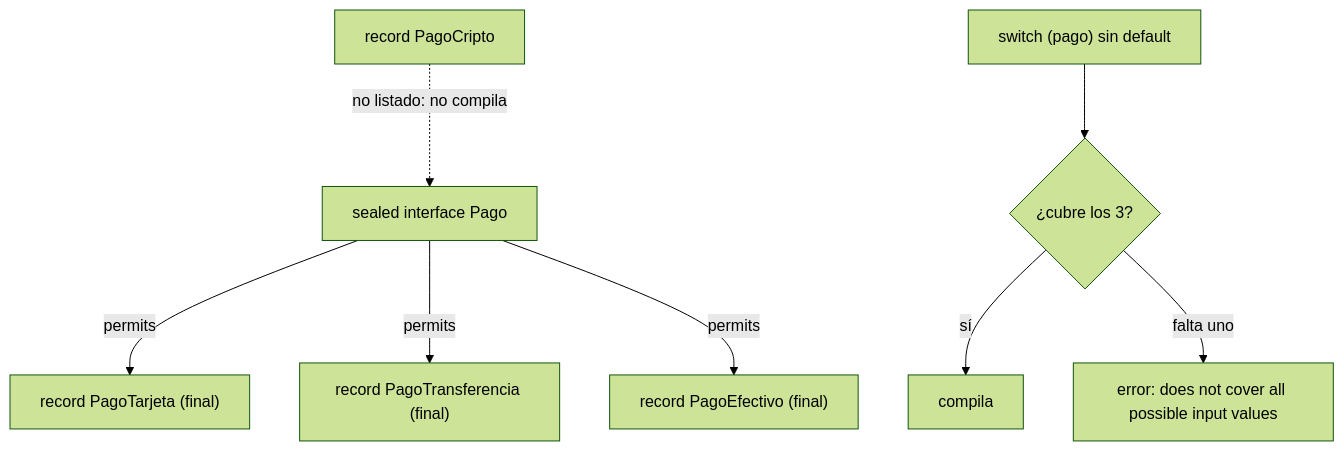
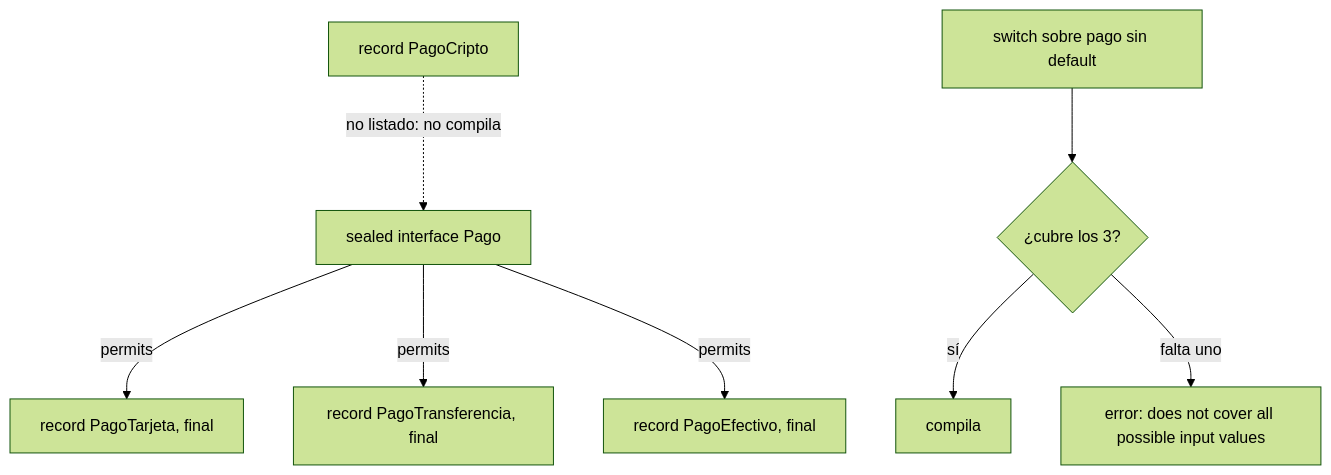
One commit to NICORUIZ93/The_Imperial_Book changed the first of 3 diagrams in web/public/content/java/modulo-7.md. Above: the diagram before and after it, drawn with Mermaid (forest theme). The commit also changed other lines of this file and 65 other files, not shown here.

````diff
--- a/web/public/content/java/modulo-7.md
+++ b/web/public/content/java/modulo-7.md
@@ -108,10 +155,10 @@
 ```mermaid
 flowchart TB
-  P["sealed interface Pago"] -->|permits| T["record PagoTarjeta (final)"]
-  P -->|permits| R["record PagoTransferencia (final)"]
-  P -->|permits| E["record PagoEfectivo (final)"]
-  X["record PagoCripto"] -. "no listado: no compila" .-> P
-  S["switch (pago) sin default"] --> C{"¿cubre los 3?"}
-  C -->|sí| OK["compila"]
+  P["sealed interface Pago"] -->|"permits"| T["record PagoTarjeta, final"]
+  P -->|"permits"| R["record PagoTransferencia, final"]
+  P -->|"permits"| E["record PagoEfectivo, final"]
+  X["record PagoCripto"] -.->|"no listado: no compila"| P
+  S["switch sobre pago sin default"] --> C{"¿cubre los 3?"}
+  C -->|"sí"| OK["compila"]
   C -->|"falta uno"| ERR["error: does not cover all possible input values"]
 ```
````
